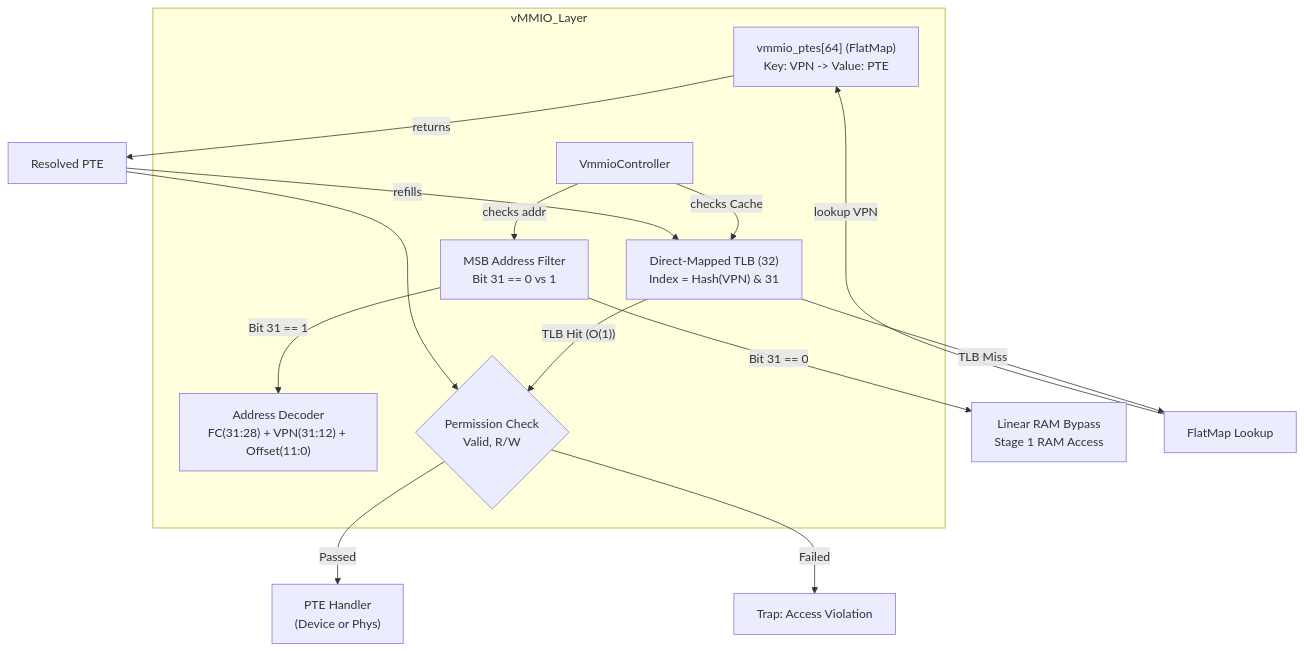
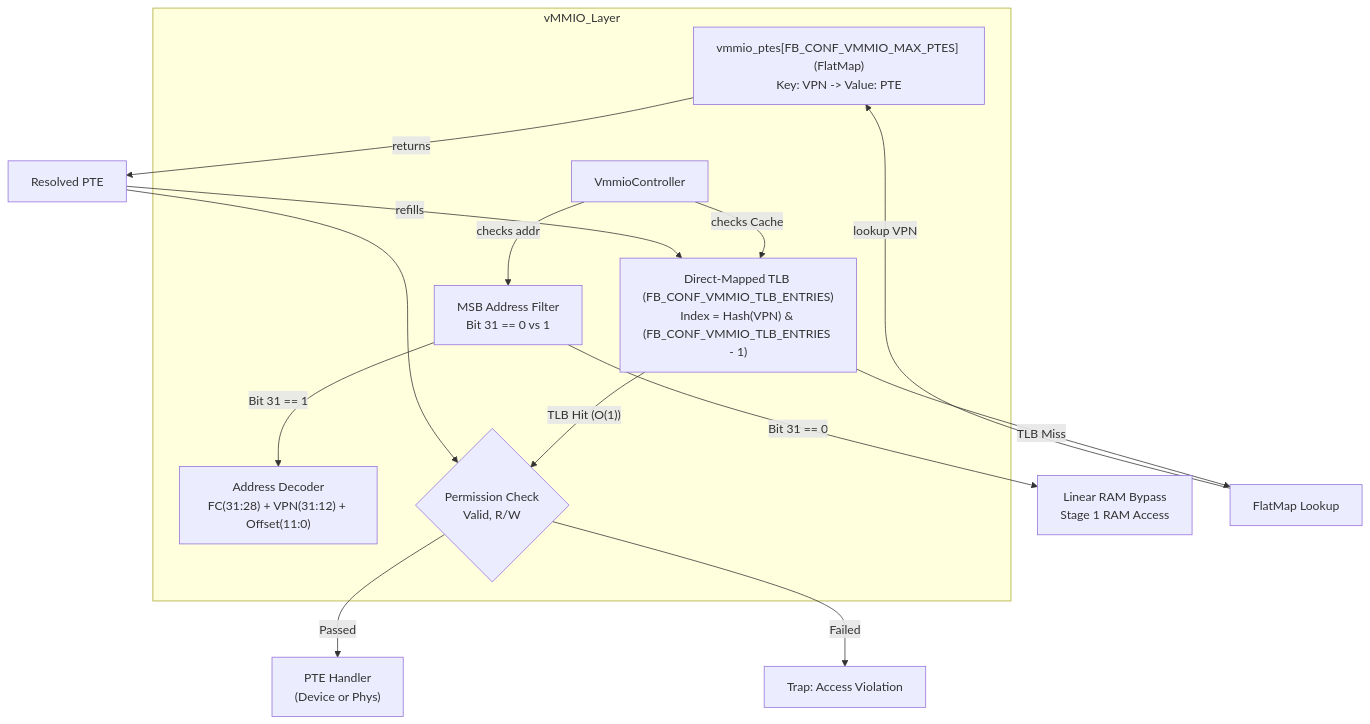
Before and after one commit to kmt-t/fireball: the first of 7 diagrams in docs/components/tier2_runtime/runtime_vmmio.md, drawn with Mermaid. The commit also changed other lines of this file and 26 other files, not shown here.

````diff
--- a/docs/components/tier2_runtime/runtime_vmmio.md
+++ b/docs/components/tier2_runtime/runtime_vmmio.md
@@ -67,24 +67,24 @@
 ```mermaid
 graph TD
     subgraph vMMIO_Layer
         Filter["MSB Address Filter<br/>Bit 31 == 0 vs 1"]
         Decoder["Address Decoder<br/>FC(31:28) + VPN(31:12) + Offset(11:0)"]
-        FlatMap["vmmio_ptes[64] (FlatMap)<br/>Key: VPN -> Value: PTE"]
-        TLB["Direct-Mapped TLB (32)<br/>Index = Hash(VPN) & 31"]
+        FlatMap["vmmio_ptes[FB_CONF_VMMIO_MAX_PTES] (FlatMap)<br/>Key: VPN -> Value: PTE"]
+        TLB["Direct-Mapped TLB (FB_CONF_VMMIO_TLB_ENTRIES)<br/>Index = Hash(VPN) & (FB_CONF_VMMIO_TLB_ENTRIES - 1)"]
         Controller["VmmioController"]
         PermGate{"Permission Check<br/>Valid, R/W"}
     end
 
     Controller -- checks addr --> Filter
     Filter -- Bit 31 == 0 --> Bypass["Linear RAM Bypass<br/>Stage 1 RAM Access"]
     Filter -- Bit 31 == 1 --> Decoder
     Controller -- checks Cache --> TLB
     TLB -- TLB Hit (O(1)) --> PermGate
     TLB -- TLB Miss --> Walk[FlatMap Lookup]
     Walk -- lookup VPN --> FlatMap
     FlatMap -- returns --> WalkResult[Resolved PTE]
     WalkResult -- refills --> TLB
     WalkResult --> PermGate
     PermGate -- "Passed" --> Handler["PTE Handler<br/>(Device or Phys)"]
     PermGate -- "Failed" --> Trap["Trap: Access Violation"]
 ```
````
